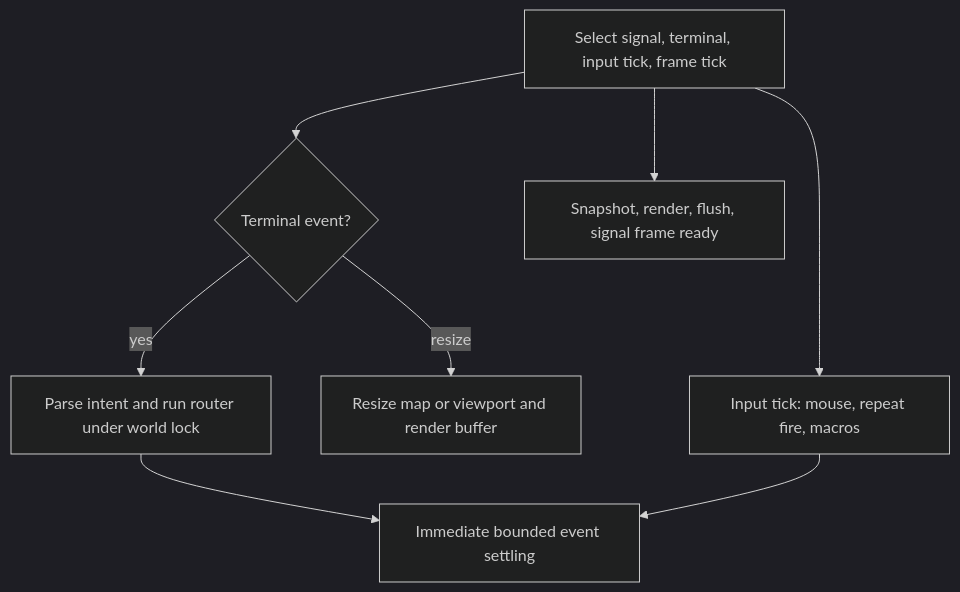
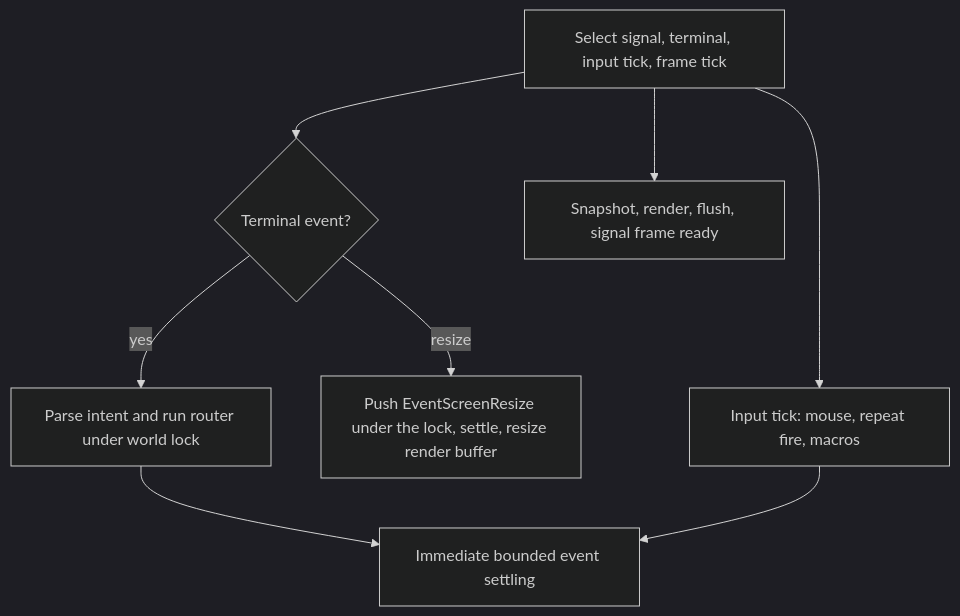
Before and after one commit to lixenwraith/vif: the second of 4 diagrams in doc/runtime.md, drawn with Mermaid (dark theme). The commit also changed other lines of this file and 1 other file, not shown here.

````diff
--- a/doc/runtime.md
+++ b/doc/runtime.md
@@ -392,10 +405,10 @@
 ```mermaid
 flowchart TD
     Select["Select signal, terminal, input tick, frame tick"] --> Terminal{"Terminal event?"}
     Terminal -->|yes| Parse["Parse intent and run router under world lock"]
     Parse --> Settle["Immediate bounded event settling"]
-    Terminal -->|resize| Resize["Resize map or viewport and render buffer"]
+    Terminal -->|resize| Resize["Push EventScreenResize under the lock, settle, resize render buffer"]
     Select --> Input["Input tick: mouse, repeat fire, macros"]
     Input --> Settle
     Select --> Frame["Snapshot, render, flush, signal frame ready"]
 ```
````
